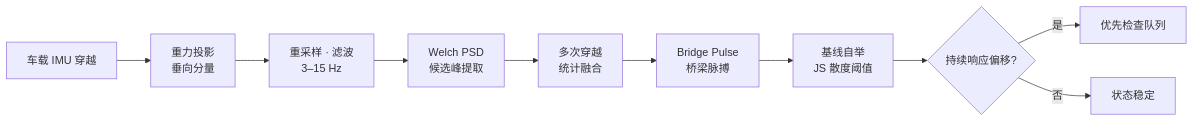
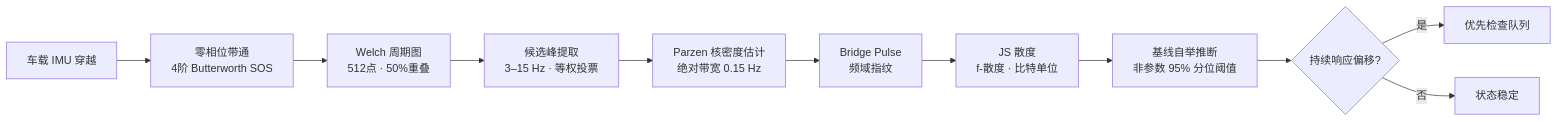
One commit to Zhiyunyang274/qianpulse changed the diagram in README.md. Above: the diagram before and after it, drawn with Mermaid. The commit also changed other lines of this file, not shown here.

````diff
--- a/README.md
+++ b/README.md
@@ -54,12 +60,13 @@
 ```mermaid
 flowchart LR
-    A[车载 IMU 穿越] --> B[重力投影<br/>垂向分量]
-    B --> C[重采样 · 滤波<br/>3–15 Hz]
-    C --> D[Welch PSD<br/>候选峰提取]
-    D --> E[多次穿越<br/>统计融合]
-    E --> F[Bridge Pulse<br/>桥梁脉搏]
-    F --> G[基线自举<br/>JS 散度阈值]
-    G --> H{持续响应偏移?}
-    H -->|是| I[优先检查队列]
-    H -->|否| J[状态稳定]
+    A[车载 IMU 穿越] --> B[零相位带通<br/>4阶 Butterworth SOS]
+    B --> C[Welch 周期图<br/>512点 · 50%重叠]
+    C --> D[候选峰提取<br/>3–15 Hz · 等权投票]
+    D --> E[Parzen 核密度估计<br/>绝对带宽 0.15 Hz]
+    E --> F[Bridge Pulse<br/>频域指纹]
+    F --> G[JS 散度<br/>f-散度 · 比特单位]
+    G --> H[基线自举推断<br/>非参数 95% 分位阈值]
+    H --> I{持续响应偏移?}
+    I -->|是| J[优先检查队列]
+    I -->|否| K[状态稳定]
 ```
````
